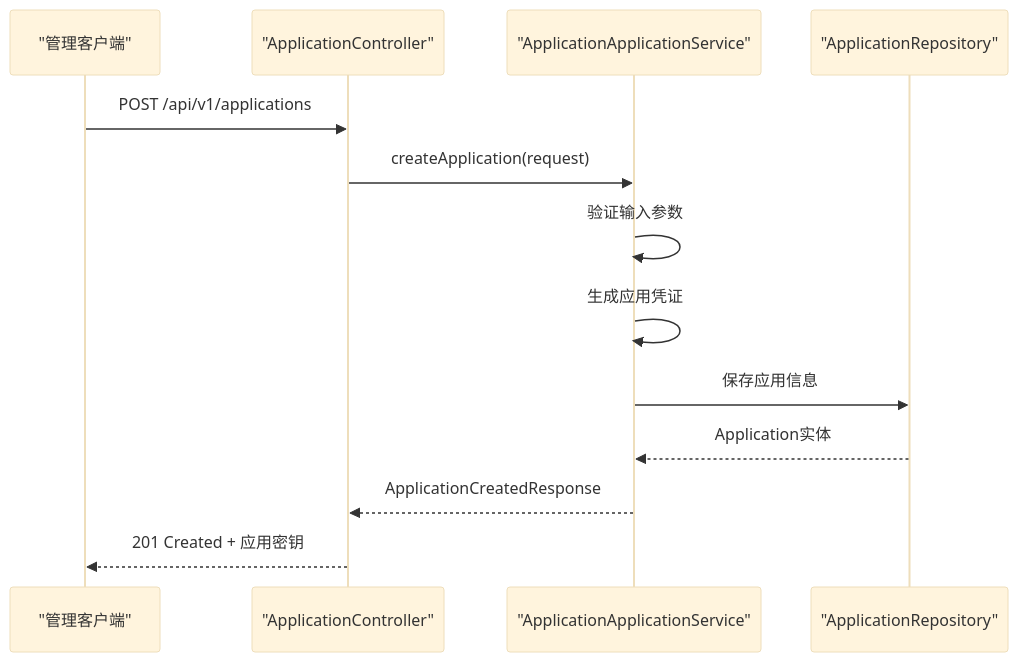
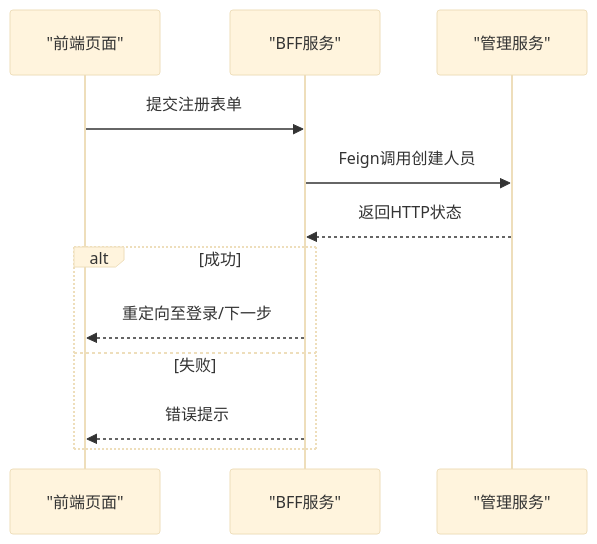
One commit to fq0121104930716/iam-platform changed the fifth of 8 diagrams in .qoder/repowiki/zh/content/核心模块/核心模块.md. Above: the diagram before and after it, drawn with Mermaid (base theme). The commit also changed other lines of this file and 222 other files, not shown here.

````diff
--- a/.qoder/repowiki/zh/content/核心模块/核心模块.md
+++ b/.qoder/repowiki/zh/content/核心模块/核心模块.md
@@ -178,15 +233,14 @@
 ```mermaid
 sequenceDiagram
-participant Client as "管理客户端"
-participant Controller as "ApplicationController"
-participant Service as "ApplicationApplicationService"
-participant Repo as "ApplicationRepository"
-Client->>Controller : POST /api/v1/applications
-Controller->>Service : createApplication(request)
-Service->>Service : 验证输入参数
-Service->>Service : 生成应用凭证
-Service->>Repo : 保存应用信息
-Repo-->>Service : Application实体
-Service-->>Controller : ApplicationCreatedResponse
-Controller-->>Client : 201 Created + 应用密钥
+participant FE as "前端页面"
+participant BFF as "BFF服务"
+participant ADMIN as "管理服务"
+FE->>BFF : 提交注册表单
+BFF->>ADMIN : Feign调用创建人员
+ADMIN-->>BFF : 返回HTTP状态
+alt 成功
+BFF-->>FE : 重定向至登录/下一步
+else 失败
+BFF-->>FE : 错误提示
+end
 ```
````
